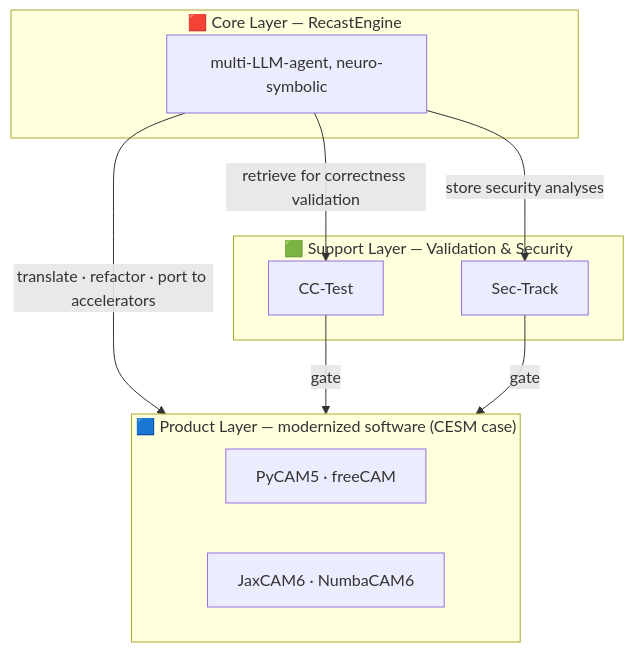
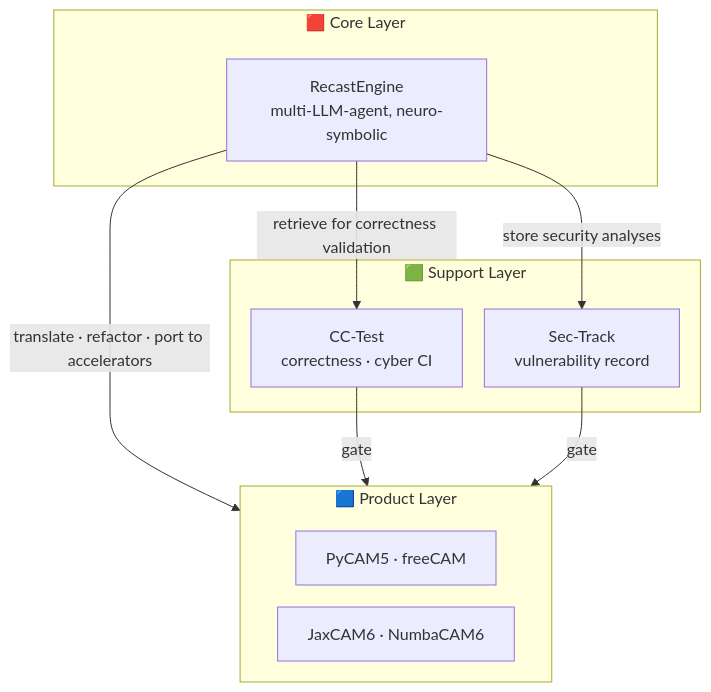
One commit to a85tract/SciRecast changed the diagram in index.md. Above: the diagram before and after it, drawn with Mermaid.

Commit message:
Keep the layer titles out from under the boxes they label
Mermaid hard-codes a subgraph title to a 200px-wide box, so all three
titles wrapped and the second line landed underneath the child nodes --
the nodes group paints after the clusters group. Support lost "Validation
& Security", Product lost "modernized software", and Core's "RecastEngine"
was hidden outright.

Neither flowchart.wrappingWidth nor htmlLabels:false widens that box, so
the titles are now short enough to stay on one line and the words they
gave up moved into the node labels, which do size to their content.

nodeSpacing pulls the two pipeline blocks together -- it, not rankSpacing,
is what separates them, because a cluster used as an edge target is laid
out as its own graph. It also feeds the title's headroom, so
subGraphTitleMargin pays that back: the titles now clear their nodes by
21-25px rather than the 1px they had before, which matters once GitHub
Pages falls back off "trebuchet ms".

````diff
--- a/index.md
+++ b/index.md
@@ -28,20 +28,21 @@
 ```mermaid
+%%{init: {"flowchart": {"nodeSpacing": 22, "subGraphTitleMargin": {"top": 0, "bottom": 24}}}}%%
 flowchart TB
-    subgraph Product["🟦 Product Layer — modernized software (CESM case)"]
+    subgraph Product["🟦 Product Layer"]
         PyCAM5["PyCAM5 · freeCAM"]
         JaxCAM6["JaxCAM6 · NumbaCAM6"]
     end
-    subgraph Support["🟩 Support Layer — Validation &amp; Security"]
-        CCTest["CC-Test"]
-        SecTrack["Sec-Track"]
+    subgraph Support["🟩 Support Layer"]
+        CCTest["CC-Test<br/>correctness · cyber CI"]
+        SecTrack["Sec-Track<br/>vulnerability record"]
     end
-    subgraph Core["🟥 Core Layer — RecastEngine"]
-        Engine["multi-LLM-agent, neuro-symbolic"]
+    subgraph Core["🟥 Core Layer"]
+        Engine["RecastEngine<br/>multi-LLM-agent, neuro-symbolic"]
     end
 
     Engine -- "translate · refactor · port to accelerators" --> Product
     Engine -- "retrieve for correctness validation" --> CCTest
     Engine -- "store security analyses" --> SecTrack
     CCTest -- "gate" --> Product
     SecTrack -- "gate" --> Product
 ```
````
